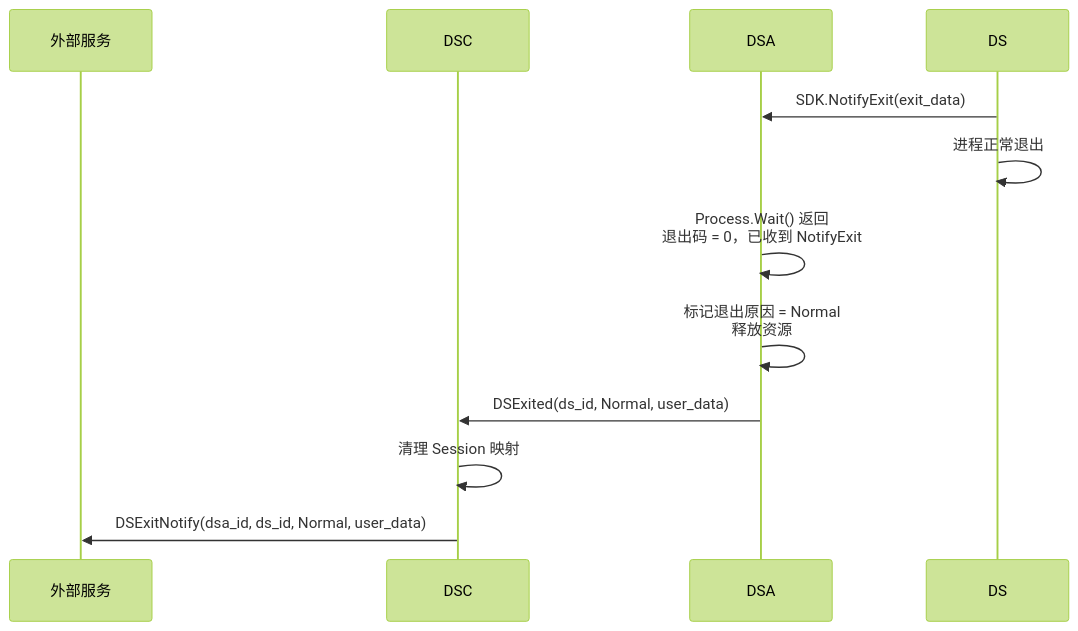
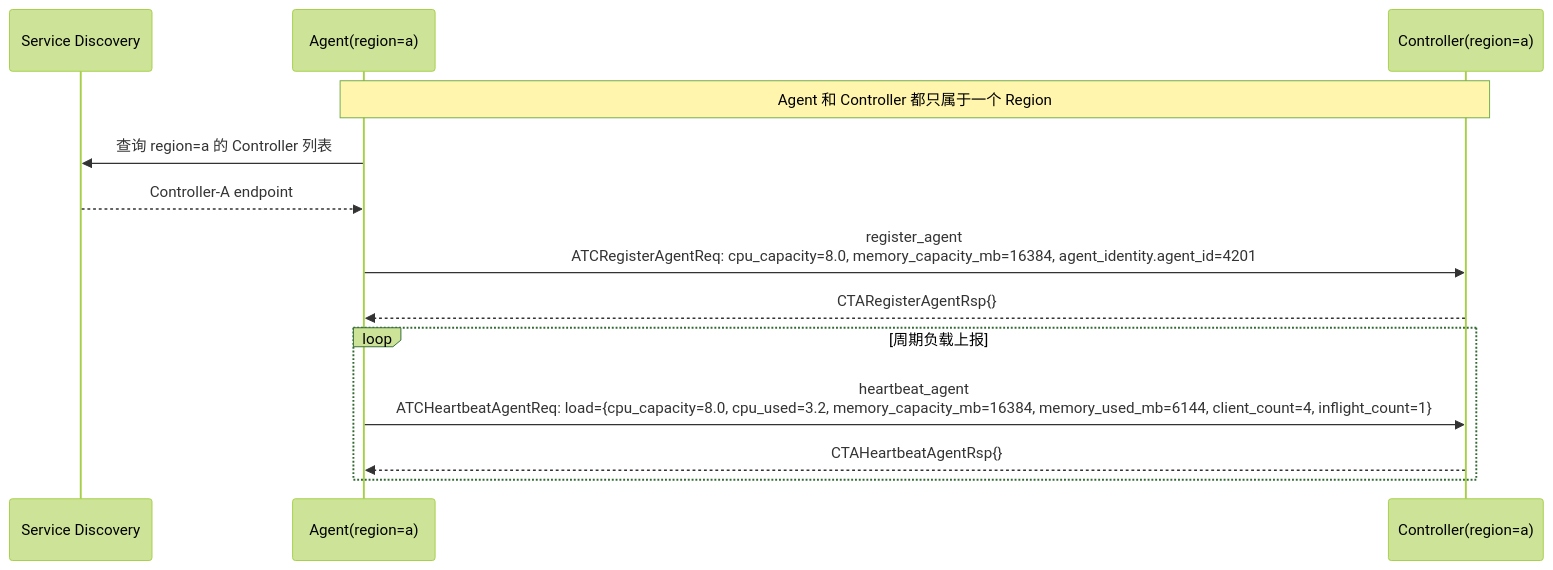
The fifth of 10 diagrams in doc/orbit/guide.md (atframework/atsf4g-co), drawn with Mermaid (forest theme) before and after one commit. The commit also changed other lines of this file and 69 other files, not shown here.

````diff
--- a/doc/orbit/guide.md
+++ b/doc/orbit/guide.md
@@ -968,15 +512,17 @@
 ```mermaid
 sequenceDiagram
-    participant Ext as 外部服务
-    participant DSC as DSC
-    participant DSA as DSA
-    participant DS as DS
+    participant Discovery as Service Discovery
+    participant Agent as Agent(region=a)
+    participant Controller as Controller(region=a)
 
-    DS->>DSA: SDK.NotifyExit(exit_data)
-    DS->>DS: 进程正常退出
-    DSA->>DSA: Process.Wait() 返回<br/>退出码 = 0，已收到 NotifyExit
-    DSA->>DSA: 标记退出原因 = Normal<br/>释放资源
-    DSA->>DSC: DSExited(ds_id, Normal, user_data)
-    DSC->>DSC: 清理 Session 映射
-    DSC->>Ext: DSExitNotify(dsa_id, ds_id, Normal, user_data)
+    Note over Agent,Controller: Agent 和 Controller 都只属于一个 Region
+    Agent->>Discovery: 查询 region=a 的 Controller 列表
+    Discovery-->>Agent: Controller-A endpoint
+    Agent->>Controller: register_agent<br/>ATCRegisterAgentReq: cpu_capacity=8.0, memory_capacity_mb=16384, agent_identity.agent_id=4201
+    Controller-->>Agent: CTARegisterAgentRsp{}
+
+    loop 周期负载上报
+        Agent->>Controller: heartbeat_agent<br/>ATCHeartbeatAgentReq: load={cpu_capacity=8.0, cpu_used=3.2, memory_capacity_mb=16384, memory_used_mb=6144, client_count=4, inflight_count=1}
+        Controller-->>Agent: CTAHeartbeatAgentRsp{}
+    end
 ```
````
